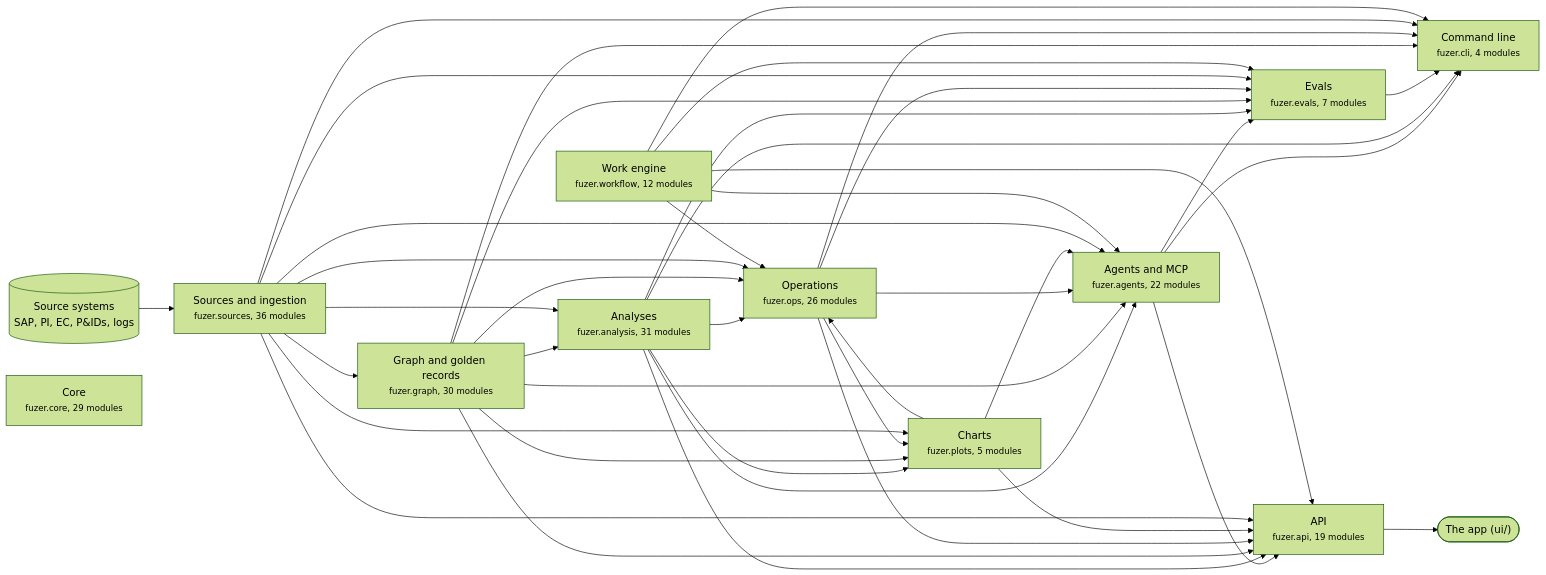
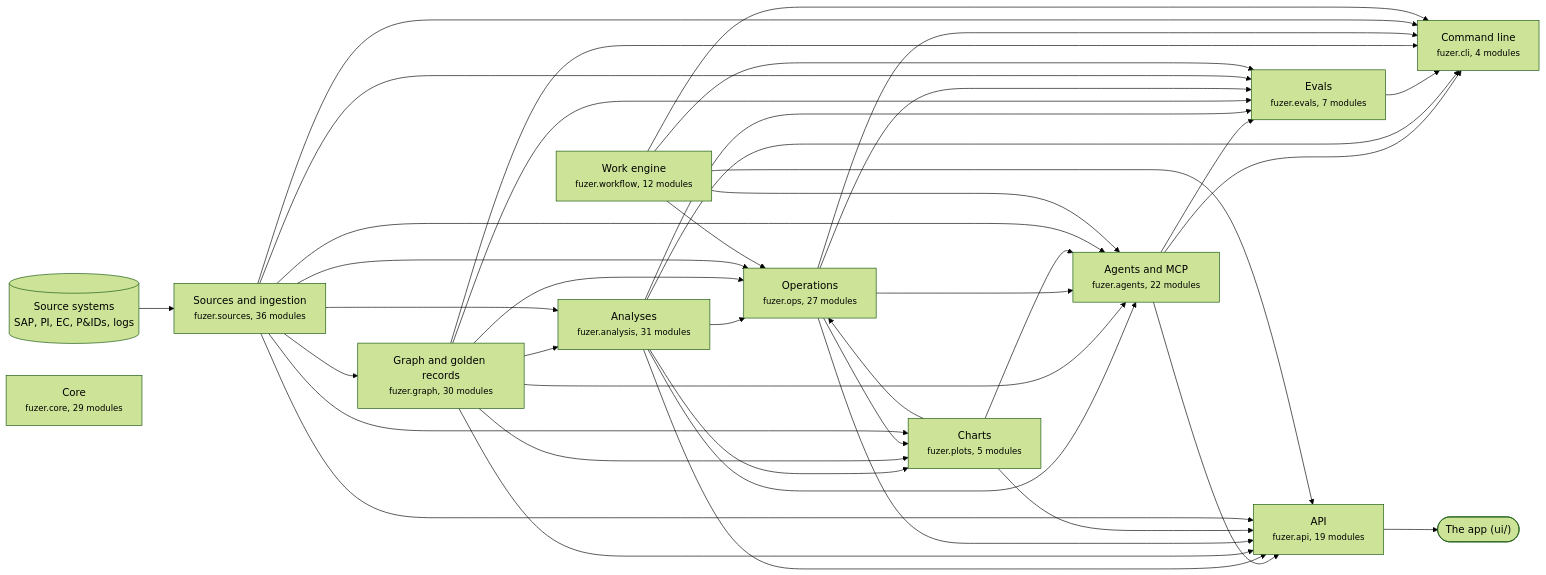
One commit to areed145/fuzer changed the first of 3 diagrams in docs/architecture.md. Above: the diagram before and after it, drawn with Mermaid (forest theme). The commit also changed other lines of this file and 18 other files, not shown here.

````diff
--- a/docs/architecture.md
+++ b/docs/architecture.md
@@ -8,66 +8,66 @@
 ```mermaid
 flowchart LR
   systems[("Source systems<br>SAP, PI, EC, P&IDs, logs")] --> c_sources
   app(["The app (ui/)"])
   c_api --> app
   c_sources["Sources and ingestion<br><small>fuzer.sources, 36 modules</small>"]
   c_graph["Graph and golden records<br><small>fuzer.graph, 30 modules</small>"]
   c_analysis["Analyses<br><small>fuzer.analysis, 31 modules</small>"]
-  c_ops["Operations<br><small>fuzer.ops, 26 modules</small>"]
+  c_ops["Operations<br><small>fuzer.ops, 27 modules</small>"]
   c_plots["Charts<br><small>fuzer.plots, 5 modules</small>"]
   c_workflow["Work engine<br><small>fuzer.workflow, 12 modules</small>"]
   c_agents["Agents and MCP<br><small>fuzer.agents, 22 modules</small>"]
   c_evals["Evals<br><small>fuzer.evals, 7 modules</small>"]
   c_api["API<br><small>fuzer.api, 19 modules</small>"]
   c_cli["Command line<br><small>fuzer.cli, 4 modules</small>"]
   c_core["Core<br><small>fuzer.core, 29 modules</small>"]
   c_sources --> c_graph
   c_graph --> c_analysis
   c_sources --> c_analysis
   c_analysis --> c_ops
   c_graph --> c_ops
   c_plots --> c_ops
   c_sources --> c_ops
   c_workflow --> c_ops
   c_analysis --> c_plots
   c_graph --> c_plots
   c_ops --> c_plots
   c_sources --> c_plots
   c_analysis --> c_agents
   c_graph --> c_agents
   c_ops --> c_agents
   c_plots --> c_agents
   c_sources --> c_agents
   c_workflow --> c_agents
   c_agents --> c_evals
   c_analysis --> c_evals
   c_graph --> c_evals
   c_ops --> c_evals
   c_sources --> c_evals
   c_workflow --> c_evals
   c_agents --> c_api
   c_analysis --> c_api
   c_graph --> c_api
   c_ops --> c_api
   c_plots --> c_api
   c_sources --> c_api
   c_workflow --> c_api
   c_agents --> c_cli
   c_analysis --> c_cli
   c_evals --> c_cli
   c_graph --> c_cli
   c_ops --> c_cli
   c_sources --> c_cli
   c_workflow --> c_cli
   click c_sources "https://github.com/areed145/fuzer/tree/main/src/fuzer/sources"
   click c_graph "https://github.com/areed145/fuzer/tree/main/src/fuzer/graph"
   click c_analysis "https://github.com/areed145/fuzer/tree/main/src/fuzer/analysis"
   click c_ops "https://github.com/areed145/fuzer/tree/main/src/fuzer/ops"
   click c_plots "https://github.com/areed145/fuzer/tree/main/src/fuzer/plots"
   click c_workflow "https://github.com/areed145/fuzer/tree/main/src/fuzer/workflow"
   click c_agents "https://github.com/areed145/fuzer/tree/main/src/fuzer/agents"
   click c_evals "https://github.com/areed145/fuzer/tree/main/src/fuzer/evals"
   click c_api "https://github.com/areed145/fuzer/tree/main/src/fuzer/api"
   click c_cli "https://github.com/areed145/fuzer/tree/main/src/fuzer/cli"
   click c_core "https://github.com/areed145/fuzer/tree/main/src/fuzer/core"
 ```
````
